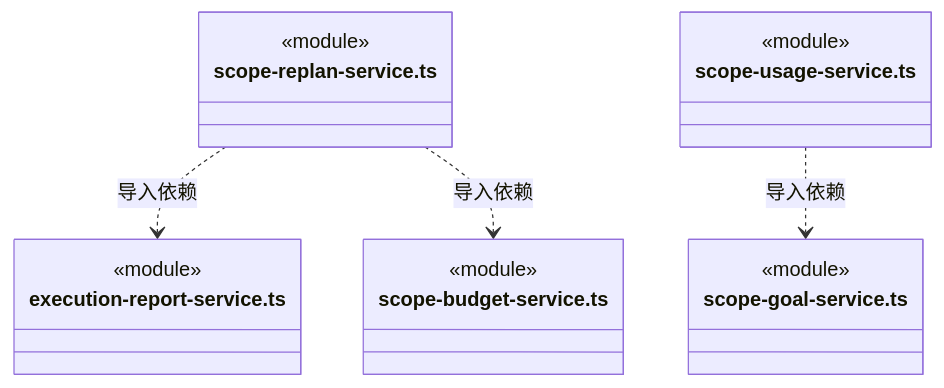
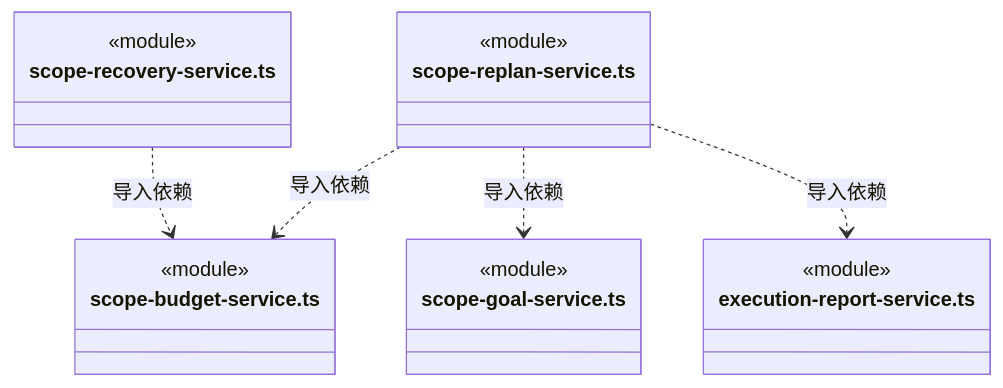
Before and after one commit to nan023062/cbim: diagram 55 of 59 in src/backend/scheduler-engine/execution/ARCHITECTURE.md, drawn with Mermaid. The commit also changed other lines of this file and 52 other files, not shown here.

````diff
--- a/src/backend/scheduler-engine/execution/ARCHITECTURE.md
+++ b/src/backend/scheduler-engine/execution/ARCHITECTURE.md
@@ -1401,21 +1463,22 @@
 ```mermaid
 classDiagram
+class N_src_backend_scheduler_engine_execution_scope_recovery_service_ts["scope-recovery-service.ts"] {
+  <<module>>
+}
+class N_src_backend_scheduler_engine_execution_scope_budget_service_ts["scope-budget-service.ts"] {
+  <<module>>
+}
 class N_src_backend_scheduler_engine_execution_scope_replan_service_ts["scope-replan-service.ts"] {
+  <<module>>
+}
+class N_src_backend_scheduler_engine_execution_scope_goal_service_ts["scope-goal-service.ts"] {
   <<module>>
 }
 class N_src_backend_scheduler_engine_execution_execution_report_service_ts["execution-report-service.ts"] {
   <<module>>
 }
-class N_src_backend_scheduler_engine_execution_scope_budget_service_ts["scope-budget-service.ts"] {
-  <<module>>
-}
-class N_src_backend_scheduler_engine_execution_scope_usage_service_ts["scope-usage-service.ts"] {
-  <<module>>
-}
-class N_src_backend_scheduler_engine_execution_scope_goal_service_ts["scope-goal-service.ts"] {
-  <<module>>
-}
+N_src_backend_scheduler_engine_execution_scope_recovery_service_ts ..> N_src_backend_scheduler_engine_execution_scope_budget_service_ts : 导入依赖
+N_src_backend_scheduler_engine_execution_scope_replan_service_ts ..> N_src_backend_scheduler_engine_execution_scope_goal_service_ts : 导入依赖
 N_src_backend_scheduler_engine_execution_scope_replan_service_ts ..> N_src_backend_scheduler_engine_execution_execution_report_service_ts : 导入依赖
 N_src_backend_scheduler_engine_execution_scope_replan_service_ts ..> N_src_backend_scheduler_engine_execution_scope_budget_service_ts : 导入依赖
-N_src_backend_scheduler_engine_execution_scope_usage_service_ts ..> N_src_backend_scheduler_engine_execution_scope_goal_service_ts : 导入依赖
 ```
````
